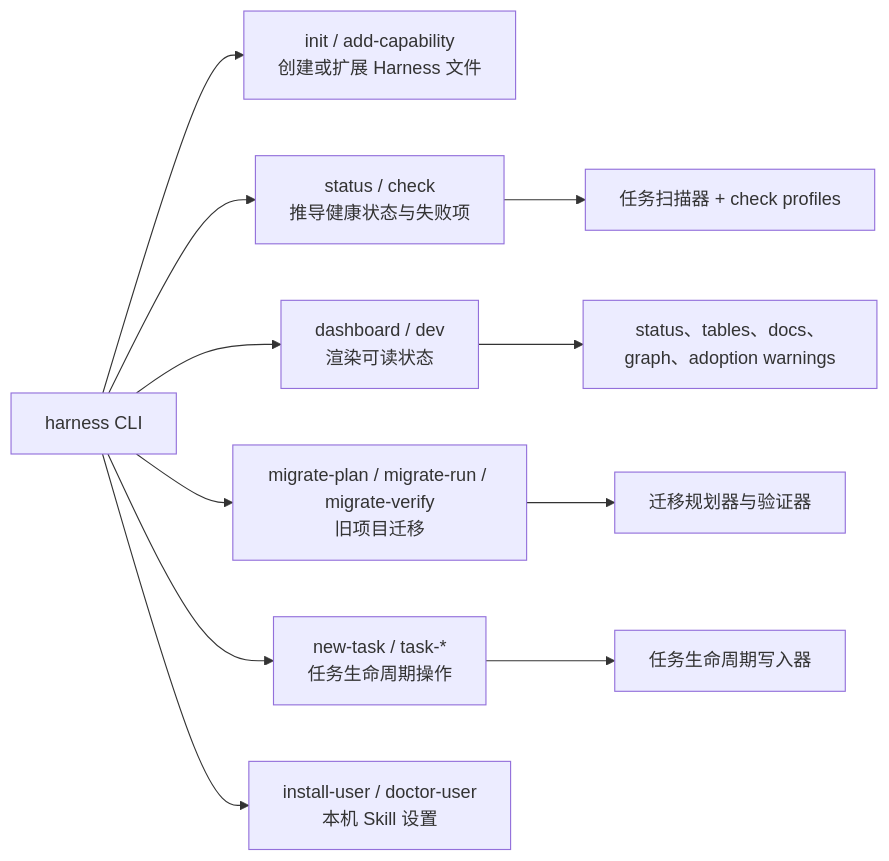
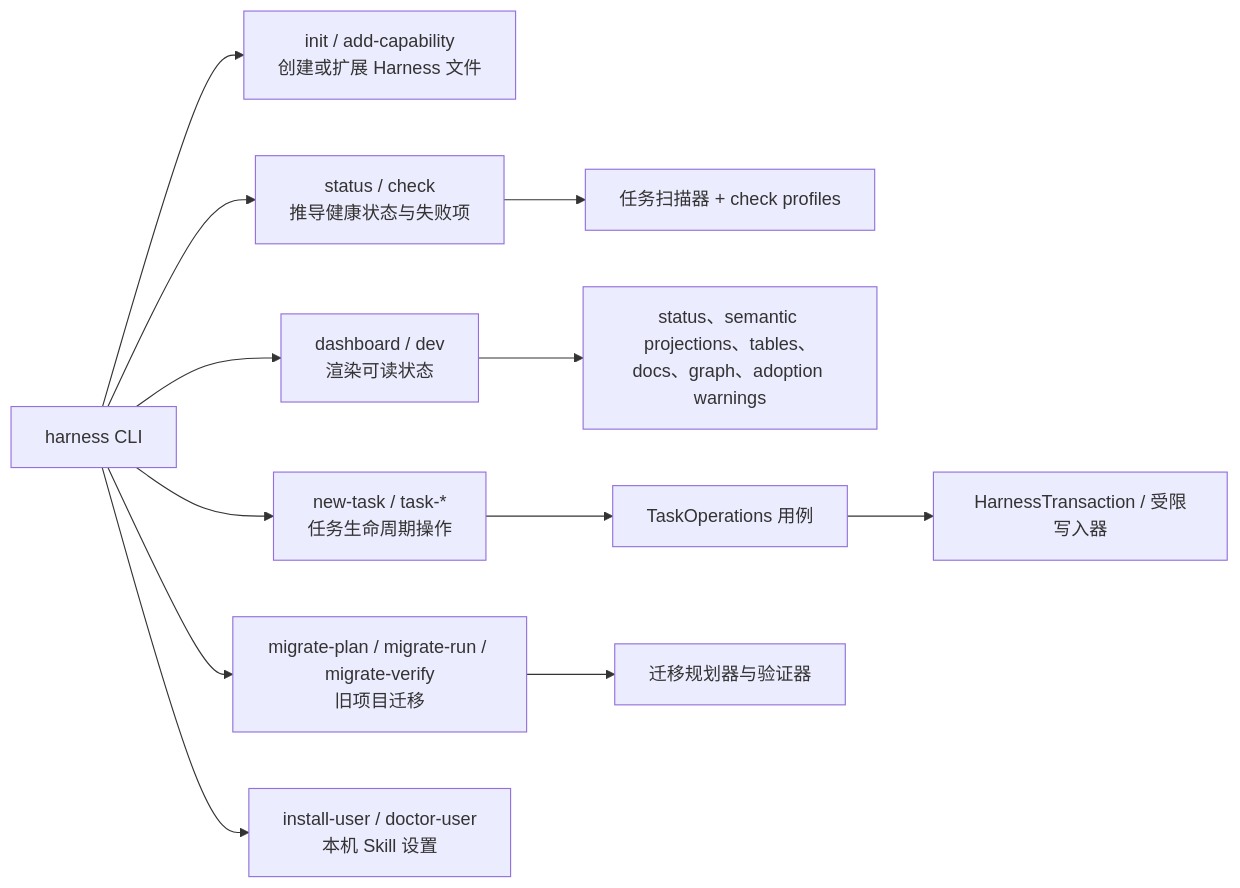
Before and after one commit to FairladyZ625/coding-agent-harness: the fourth of 11 diagrams in docs-release/architecture/overview.zh-CN.md, drawn with Mermaid. The commit also changed other lines of this file and 13 other files, not shown here.

Commit message:
docs: align release architecture docs

````diff
--- a/docs-release/architecture/overview.zh-CN.md
+++ b/docs-release/architecture/overview.zh-CN.md
@@ -100,16 +106,17 @@
 ```mermaid
 flowchart LR
   CLI["harness CLI"]
 
   CLI --> Init["init / add-capability<br/>创建或扩展 Harness 文件"]
   CLI --> Status["status / check<br/>推导健康状态与失败项"]
   CLI --> Dashboard["dashboard / dev<br/>渲染可读状态"]
   CLI --> Migration["migrate-plan / migrate-run / migrate-verify<br/>旧项目迁移"]
   CLI --> Task["new-task / task-*<br/>任务生命周期操作"]
   CLI --> UserSkill["install-user / doctor-user<br/>本机 Skill 设置"]
 
   Status --> Scanner["任务扫描器 + check profiles"]
-  Dashboard --> Bundle["status、tables、docs、graph、adoption warnings"]
-  Task --> Lifecycle["任务生命周期写入器"]
+  Dashboard --> Bundle["status、semantic projections、tables、docs、graph、adoption warnings"]
+  Task --> Operations["TaskOperations 用例"]
+  Operations --> Transaction["HarnessTransaction / 受限写入器"]
   Migration --> Planner["迁移规划器与验证器"]
 ```
````
